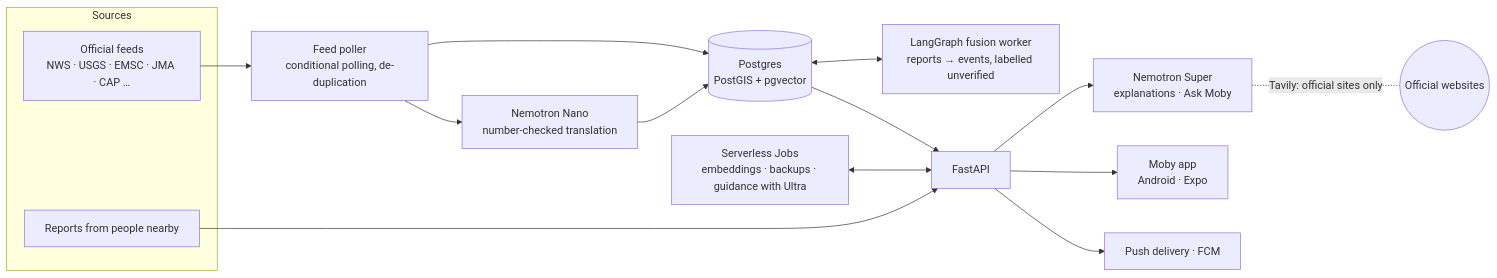
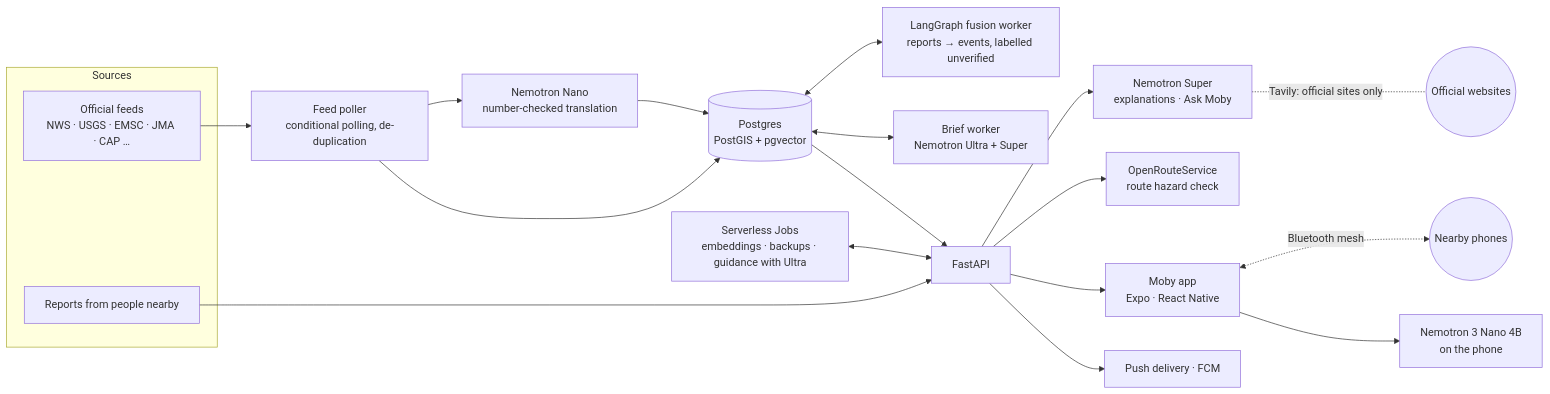
The diagram in README.md (Xlient/Moby), drawn with Mermaid before and after one commit. The commit also changed other lines of this file and 21 other files, not shown here.

````diff
--- a/README.md
+++ b/README.md
@@ -110,19 +229,23 @@
 ```mermaid
 flowchart LR
   subgraph Sources
     Official[Official feeds<br/>NWS · USGS · EMSC · JMA · CAP …]
     People[Reports from people nearby]
   end
   Official --> Poller[Feed poller<br/>conditional polling, de-duplication]
+  Poller --> Translate[Nemotron Nano<br/>number-checked translation]
   Poller --> DB[(Postgres<br/>PostGIS + pgvector)]
-  Poller --> Translate[Nemotron Nano<br/>number-checked translation]
   Translate --> DB
   People --> API
   DB <--> Fusion[LangGraph fusion worker<br/>reports → events, labelled unverified]
+  DB <--> Briefs[Brief worker<br/>Nemotron Ultra + Super]
   DB --> API[FastAPI]
   API --> Explain[Nemotron Super<br/>explanations · Ask Moby]
   Explain -. Tavily: official sites only .- Web((Official websites))
-  API --> App[Moby app<br/>Android · Expo]
+  API --> ORS[OpenRouteService<br/>route hazard check]
+  API --> App[Moby app<br/>Expo · React Native]
   API --> Push[Push delivery · FCM]
+  App <-. Bluetooth mesh .-> Phones((Nearby phones))
+  App --> OnDevice[Nemotron 3 Nano 4B<br/>on the phone]
   Jobs[Serverless Jobs<br/>embeddings · backups · guidance with Ultra] <--> API
 ```
````
